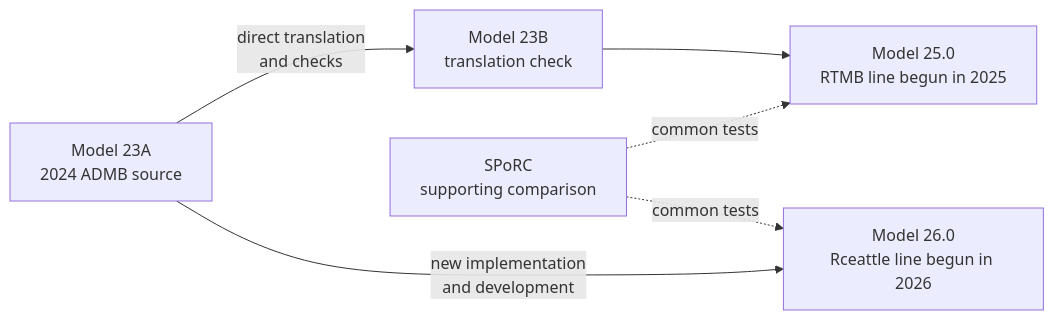
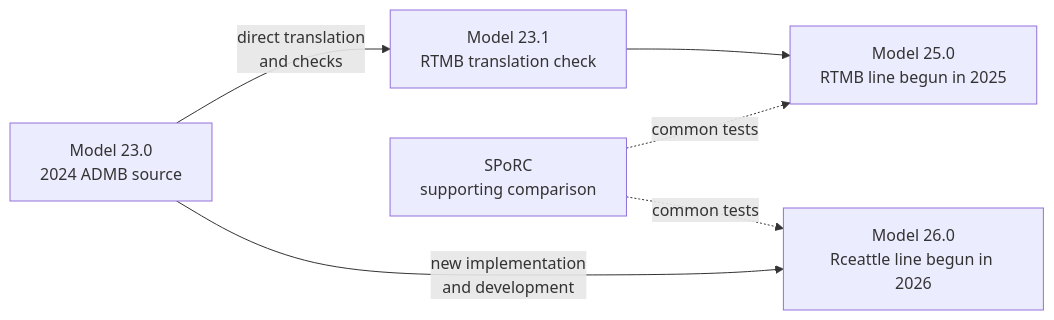
Before and after one commit to noaa-afsc/EBS_pollock: the diagram in doc/ssc.qmd, drawn with Mermaid. The commit also changed other lines of this file and 3 other files, not shown here.

````diff
--- a/doc/ssc.qmd
+++ b/doc/ssc.qmd
@@ -39,12 +39,12 @@
 ```{mermaid}
 %%| label: fig-model-numbering
 %%| fig-cap: "Proposed numbering and development history for EBS pollock assessment models."
-%%| fig-alt: "Flowchart beginning with the Model 23A ADMB source used in 2024. One branch passes through the Model 23B translation check to Model 25.0 in RTMB, begun in 2025. A second branch leads to Model 26.0 in Rceattle, begun in 2026. SPoRC supports comparisons with the two development lines but does not yet have an assessment model number."
+%%| fig-alt: "Flowchart beginning with the Model 23.0 ADMB source used in 2024. One branch passes through the Model 23.1 RTMB translation check to Model 25.0 in RTMB, begun in 2025. A second branch leads to Model 26.0 in Rceattle, begun in 2026. SPoRC supports comparisons with the two development lines but does not yet have an assessment model number."
 
 flowchart LR
-  A["Model 23A<br/>2024 ADMB source"] -->|"direct translation<br/>and checks"| B["Model 23B<br/>translation check"]
+  A["Model 23.0<br/>2024 ADMB source"] -->|"direct translation<br/>and checks"| B["Model 23.1<br/>RTMB translation check"]
   B --> C["Model 25.0<br/>RTMB line begun in 2025"]
   A -->|"new implementation<br/>and development"| D["Model 26.0<br/>Rceattle line begun in 2026"]
   S["SPoRC<br/>supporting comparison"] -.->|"common tests"| C
   S -.->|"common tests"| D
 ```
````
